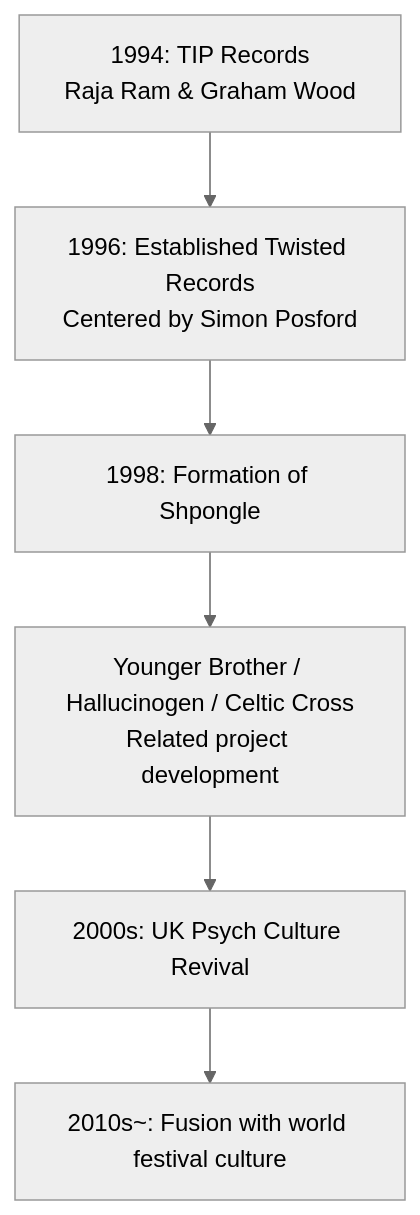
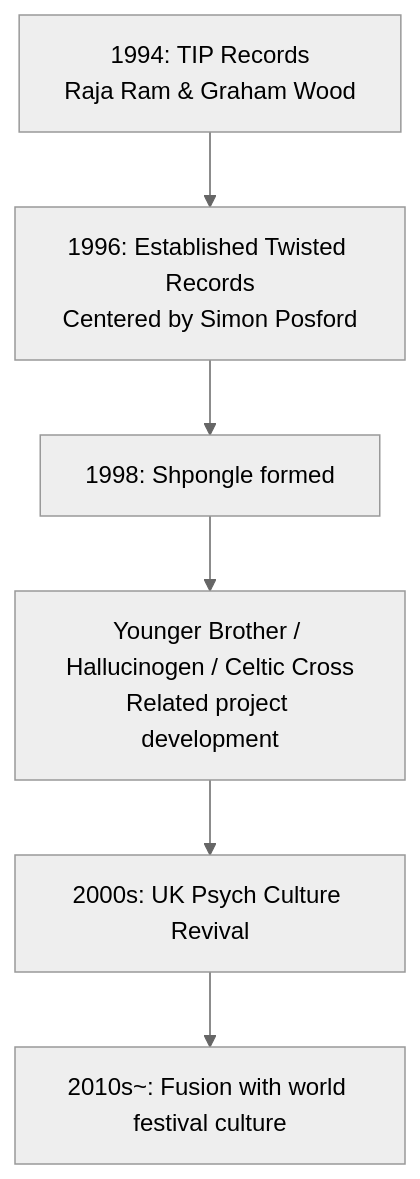
One commit to monumental-movement/monumental-movement.github.io changed the first of 4 diagrams in en/_posts/2025-10-05-Column-Shpongle.md. Above: the diagram before and after it, drawn with Mermaid (neutral theme). The commit also changed 224 other files, not shown here.

```diff
--- a/en/_posts/2025-10-05-Column-Shpongle.md
+++ b/en/_posts/2025-10-05-Column-Shpongle.md
@@ -63,10 +63,10 @@
 <div class="mermaid">
 
 flowchart TD
   A["1994: TIP Records<br>Raja Ram & Graham Wood"] --> B["1996: Established Twisted Records<br>Centered by Simon Posford"]
-  B --> C["1998: Formation of Shpongle"]
+  B --> C["1998: Shpongle formed"]
   C --> D["Younger Brother / Hallucinogen / Celtic Cross<br>Related project development"]
   D --> E["2000s: UK Psych Culture Revival"]
   E --> F["2010s~: Fusion with world festival culture"]
 
 </div>
```
